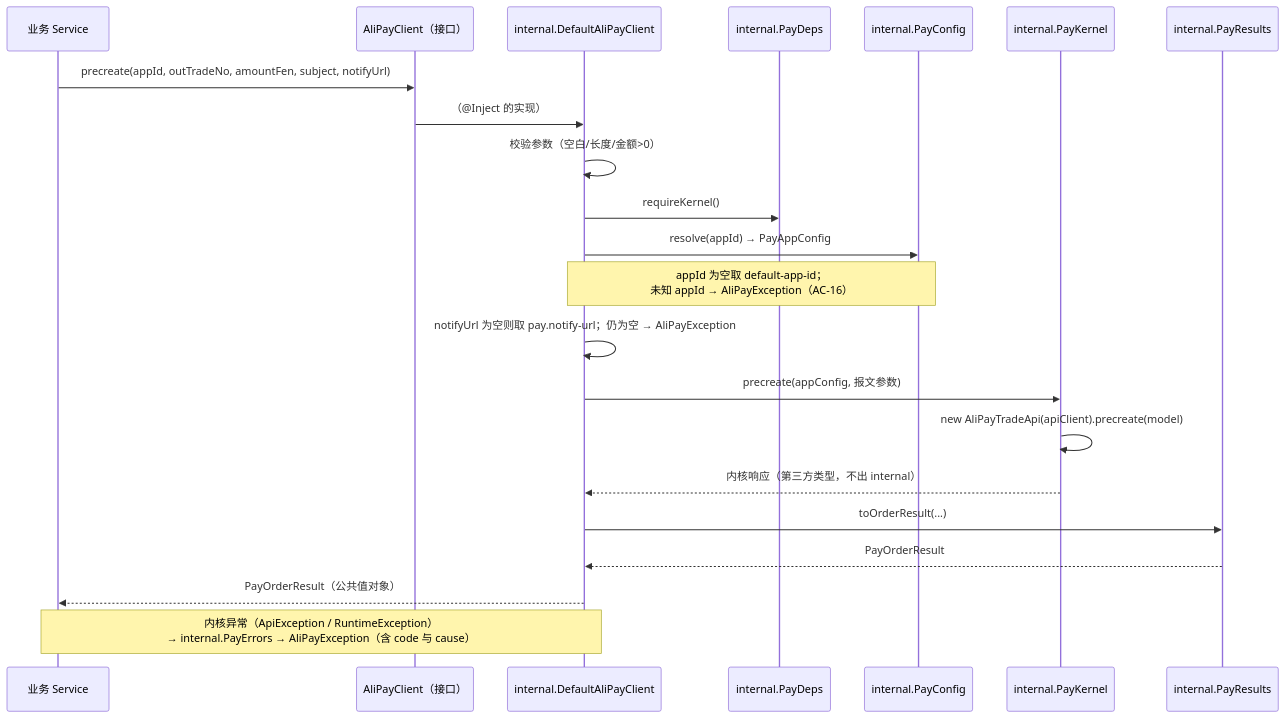
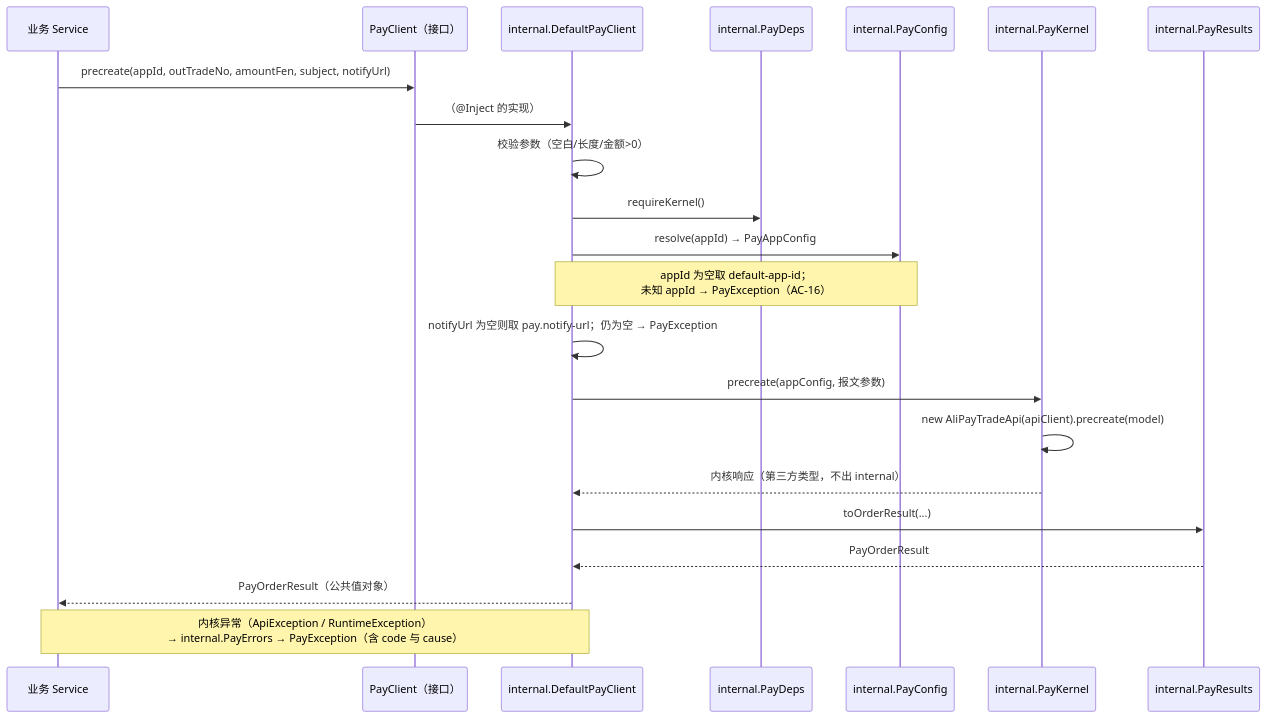
Before and after one commit to gollyhu/aifei-eco-modules: the second of 4 diagrams in aifei-pay/docs/design.md, drawn with Mermaid. The commit also changed other lines of this file and 7 other files, not shown here.

Commit message:
docs: aifei-pay 设计文档同步多通道重构，公共面统一为 Pay* 命名并新增 PayNotifyRequest 入参、spi.PayNotify 验签结果，七渠道口径并入 V2

````diff
--- a/aifei-pay/docs/design.md
+++ b/aifei-pay/docs/design.md
@@ -1212,25 +1248,25 @@
 ```mermaid
 sequenceDiagram
     participant Biz as 业务 Service
-    participant Client as AliPayClient（接口）
-    participant Impl as internal.DefaultAliPayClient
+    participant Client as PayClient（接口）
+    participant Impl as internal.DefaultPayClient
     participant Deps as internal.PayDeps
     participant Cfg as internal.PayConfig
     participant Ker as internal.PayKernel
     participant Res as internal.PayResults
 
     Biz->>Client: precreate(appId, outTradeNo, amountFen, subject, notifyUrl)
     Client->>Impl: （@Inject 的实现）
     Impl->>Impl: 校验参数（空白/长度/金额>0）
     Impl->>Deps: requireKernel()
     Impl->>Cfg: resolve(appId) → PayAppConfig
-    Note over Cfg,Impl: appId 为空取 default-app-id；<br/>未知 appId → AliPayException（AC-16）
-    Impl->>Impl: notifyUrl 为空则取 pay.notify-url；仍为空 → AliPayException
+    Note over Cfg,Impl: appId 为空取 default-app-id；<br/>未知 appId → PayException（AC-16）
+    Impl->>Impl: notifyUrl 为空则取 pay.notify-url；仍为空 → PayException
     Impl->>Ker: precreate(appConfig, 报文参数)
     Ker->>Ker: new AliPayTradeApi(apiClient).precreate(model)
     Ker-->>Impl: 内核响应（第三方类型，不出 internal）
     Impl->>Res: toOrderResult(...)
     Res-->>Impl: PayOrderResult
     Impl-->>Biz: PayOrderResult（公共值对象）
-    Note over Impl,Biz: 内核异常（ApiException / RuntimeException）<br/>→ internal.PayErrors → AliPayException（含 code 与 cause）
+    Note over Impl,Biz: 内核异常（ApiException / RuntimeException）<br/>→ internal.PayErrors → PayException（含 code 与 cause）
 ```
````
